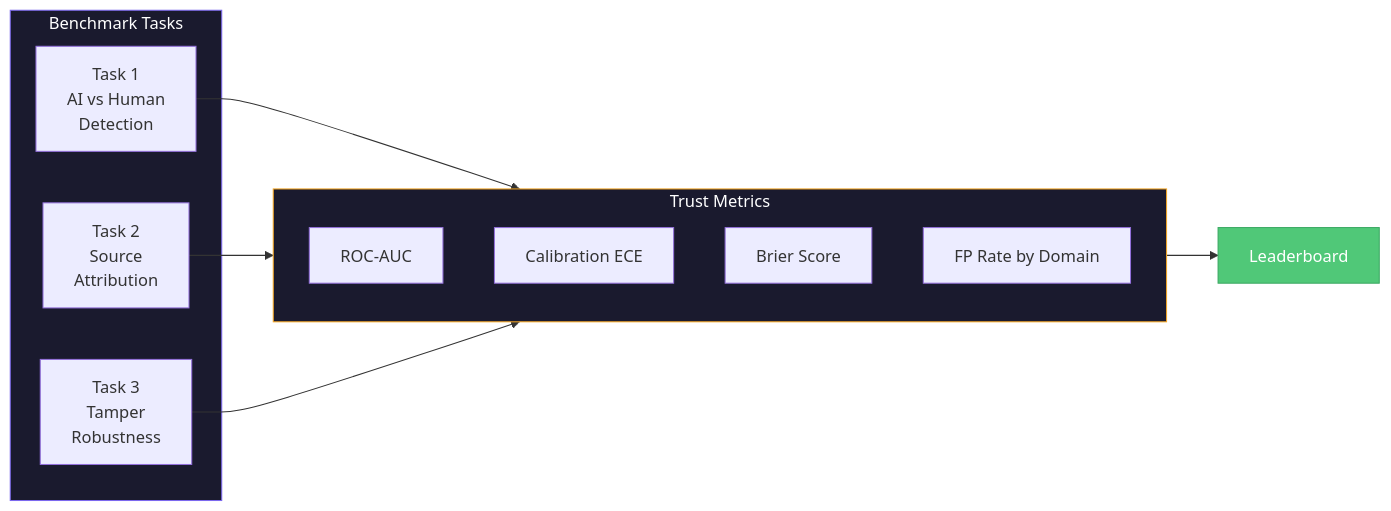
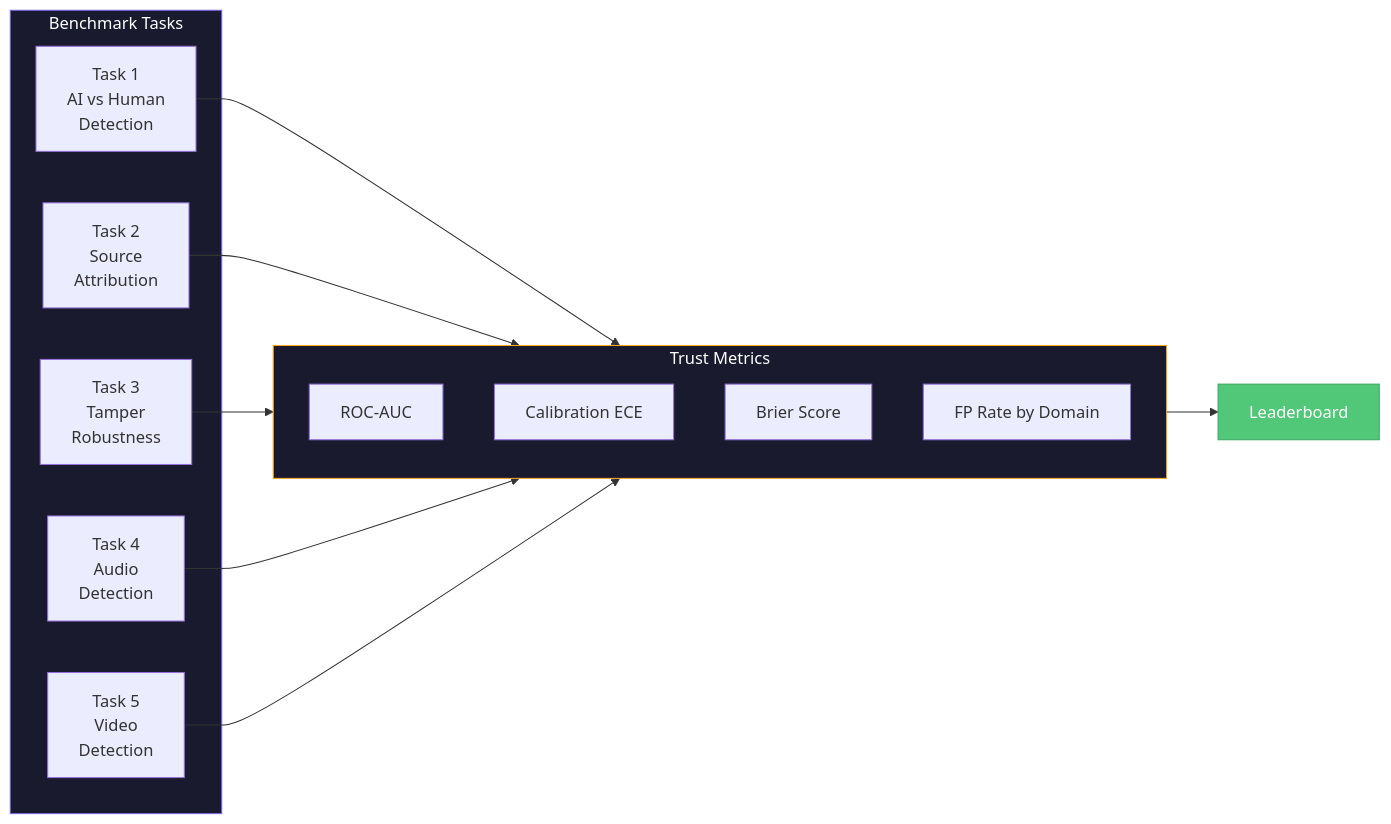
The sixth of 8 diagrams in README.md (ogulcanaydogan/AI-Provenance-Tracker), drawn with Mermaid before and after one commit. The commit also changed other lines of this file and 19 other files, not shown here.

````diff
--- a/README.md
+++ b/README.md
@@ -220,24 +220,28 @@
 ```mermaid
 graph LR
     subgraph Tasks ["Benchmark Tasks"]
         T1["Task 1<br/>AI vs Human<br/>Detection"]
         T2["Task 2<br/>Source<br/>Attribution"]
         T3["Task 3<br/>Tamper<br/>Robustness"]
+        T4["Task 4<br/>Audio<br/>Detection"]
+        T5["Task 5<br/>Video<br/>Detection"]
     end
 
     subgraph Metrics ["Trust Metrics"]
         M1["ROC-AUC"]
         M2["Calibration ECE"]
         M3["Brier Score"]
         M4["FP Rate by Domain"]
     end
 
     T1 --> Metrics
     T2 --> Metrics
     T3 --> Metrics
+    T4 --> Metrics
+    T5 --> Metrics
     Metrics --> LB["Leaderboard"]
 
     style Tasks fill:#1a1a2e,stroke:#7B68EE,color:#fff
     style Metrics fill:#1a1a2e,stroke:#F5A623,color:#fff
     style LB fill:#50C878,stroke:#3AA862,color:#fff
 ```
````
